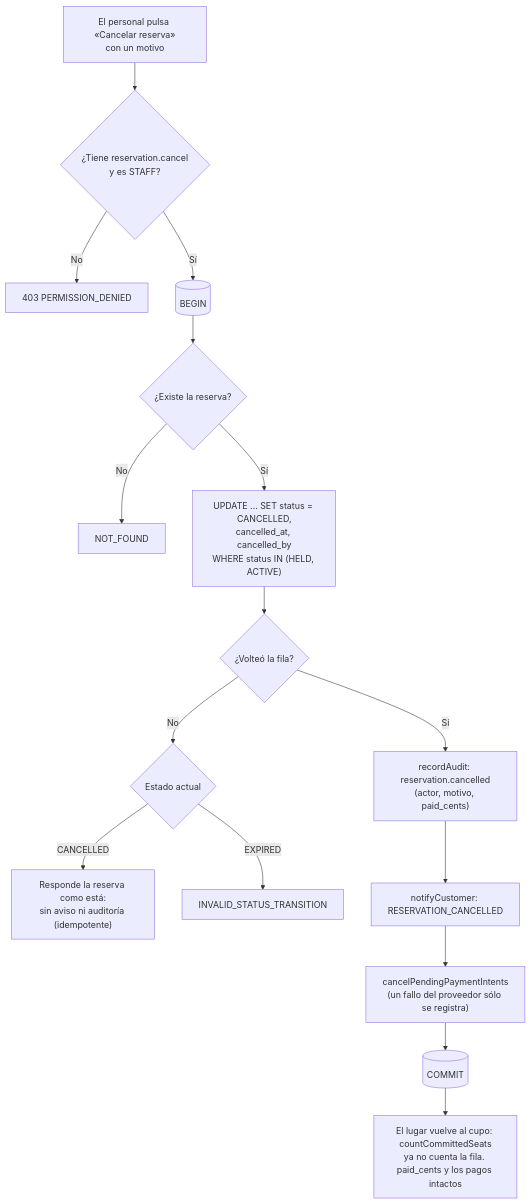
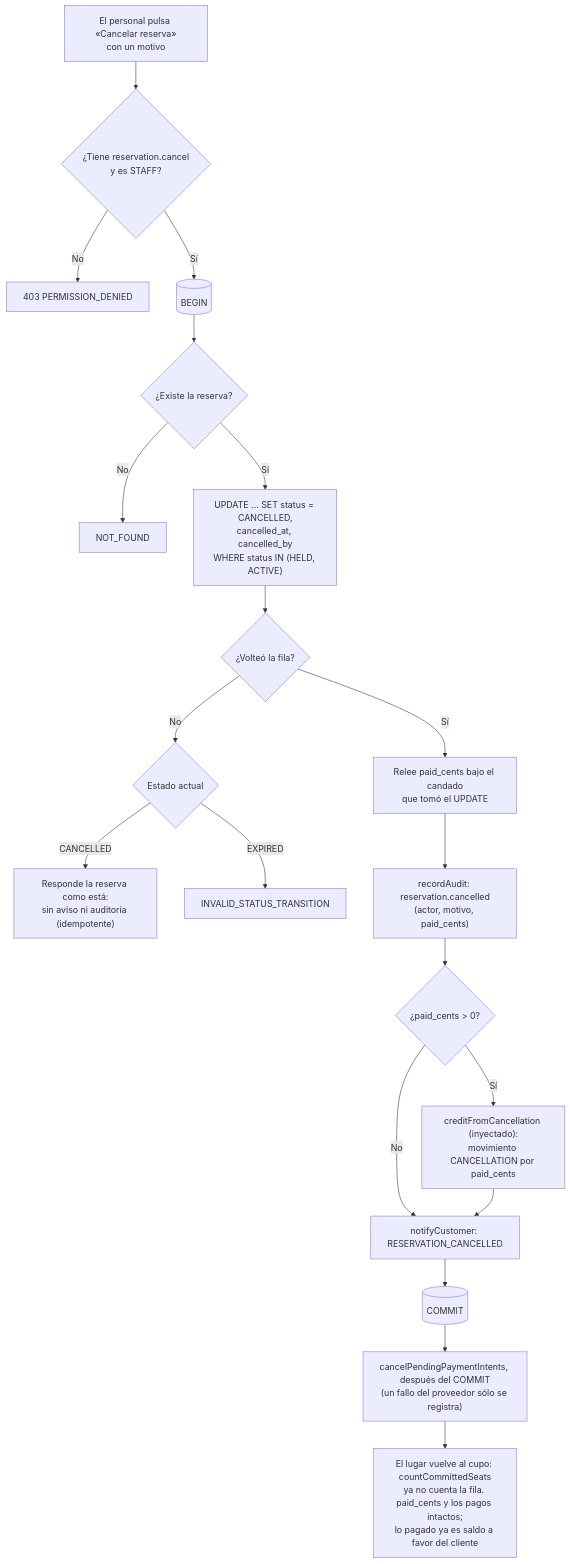
One commit to erickgs2/ruta_mochilera changed the eighth of 10 diagrams in docs/diagrams/trip-reservation.md. Above: the diagram before and after it, drawn with Mermaid. The commit also changed other lines of this file and 31 other files, not shown here.

First line of the commit message:
feat(payments): add the customer credit ledger

````diff
--- a/docs/diagrams/trip-reservation.md
+++ b/docs/diagrams/trip-reservation.md
@@ -187,18 +187,22 @@
 ```mermaid
 flowchart TD
     A["El personal pulsa «Cancelar reserva»<br/>con un motivo"] --> P{"¿Tiene reservation.cancel<br/>y es STAFF?"}
     P -- No --> R0["403 PERMISSION_DENIED"]
     P -- Sí --> B[("BEGIN")]
     B --> C{"¿Existe la reserva?"}
     C -- No --> R1["NOT_FOUND"]
     C -- Sí --> D["UPDATE ... SET status = CANCELLED,<br/>cancelled_at, cancelled_by<br/>WHERE status IN (HELD, ACTIVE)"]
     D --> E{"¿Volteó la fila?"}
     E -- No --> F{"Estado actual"}
     F -- "CANCELLED" --> OK1["Responde la reserva como está:<br/>sin aviso ni auditoría (idempotente)"]
     F -- "EXPIRED" --> R2["INVALID_STATUS_TRANSITION"]
-    E -- Sí --> G["recordAudit: reservation.cancelled<br/>(actor, motivo, paid_cents)"]
-    G --> H["notifyCustomer: RESERVATION_CANCELLED"]
-    H --> I["cancelPendingPaymentIntents<br/>(un fallo del proveedor sólo se registra)"]
-    I --> J[("COMMIT")]
-    J --> K["El lugar vuelve al cupo: countCommittedSeats<br/>ya no cuenta la fila. paid_cents y los pagos intactos"]
+    E -- Sí --> G0["Relee paid_cents bajo el candado<br/>que tomó el UPDATE"]
+    G0 --> G["recordAudit: reservation.cancelled<br/>(actor, motivo, paid_cents)"]
+    G --> CR{"¿paid_cents > 0?"}
+    CR -- Sí --> CF["creditFromCancellation (inyectado):<br/>movimiento CANCELLATION por paid_cents"]
+    CR -- No --> H
+    CF --> H["notifyCustomer: RESERVATION_CANCELLED"]
+    H --> J[("COMMIT")]
+    J --> I["cancelPendingPaymentIntents, después del COMMIT<br/>(un fallo del proveedor sólo se registra)"]
+    I --> K["El lugar vuelve al cupo: countCommittedSeats<br/>ya no cuenta la fila. paid_cents y los pagos intactos;<br/>lo pagado ya es saldo a favor del cliente"]
 ```
````
